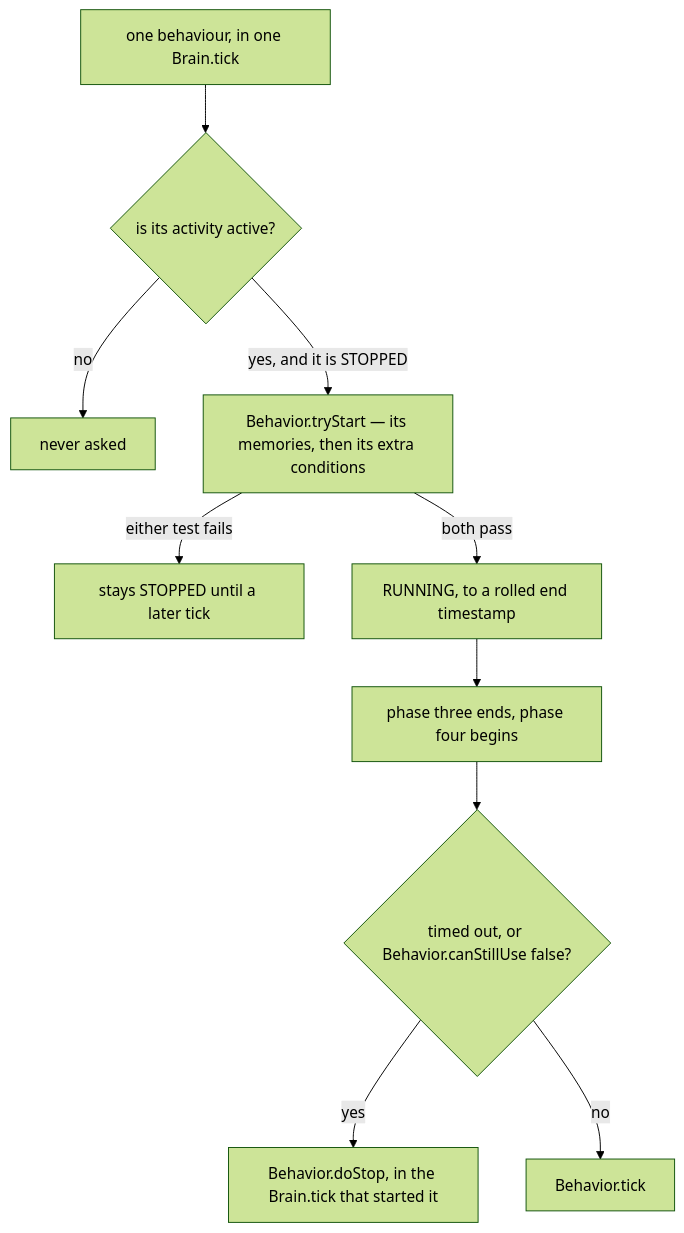
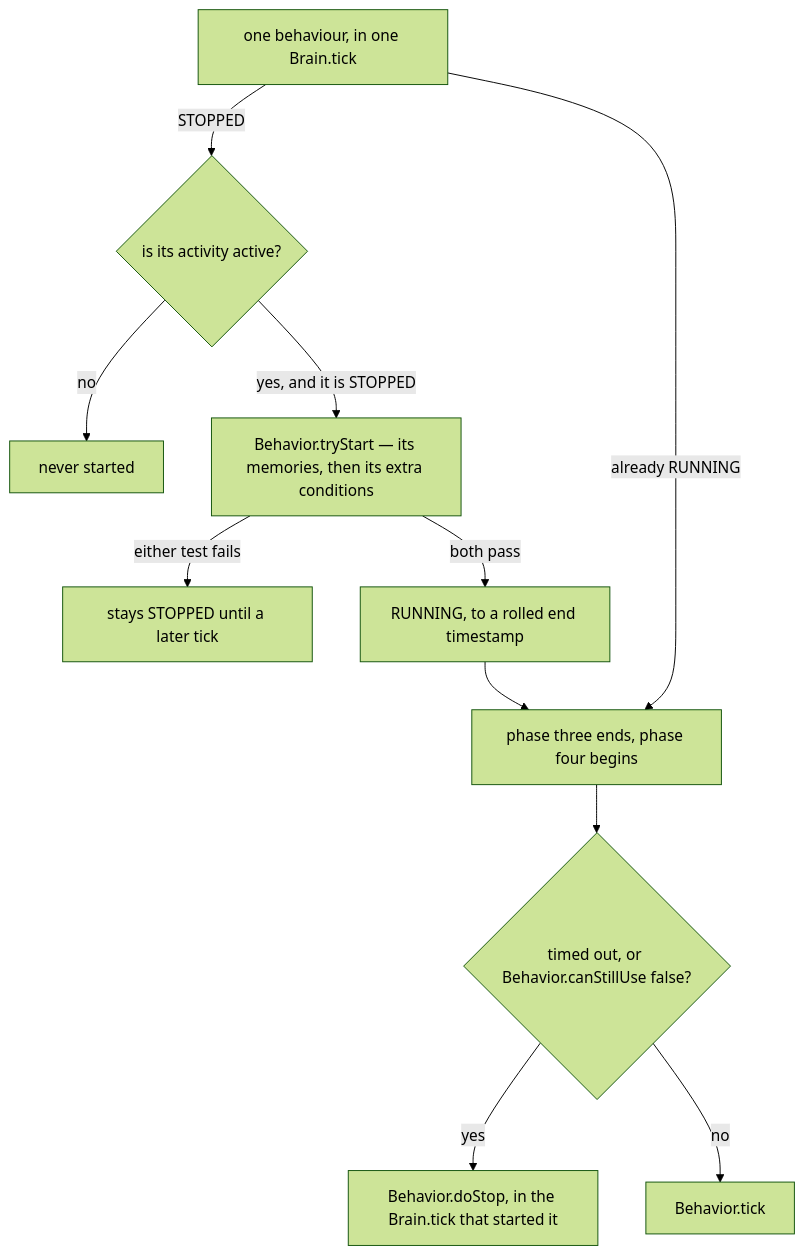
One commit to AlexanderjFraser/MinecraftDocs changed the first of 2 diagrams in src/systems/entities/ai-goals-and-brains.md. Above: the diagram before and after it, drawn with Mermaid (forest theme). The commit also changed other lines of this file and 21 other files, not shown here.

````diff
--- a/src/systems/entities/ai-goals-and-brains.md
+++ b/src/systems/entities/ai-goals-and-brains.md
@@ -173,22 +175,23 @@
 ```mermaid
 flowchart TD
     A["one behaviour, in one Brain.tick"]
     E{"is its activity active?"}
-    F["never asked"]
+    F["never started"]
     G["Behavior.tryStart — its memories, then its extra conditions"]
     X["stays STOPPED until a later tick"]
     H["RUNNING, to a rolled end timestamp"]
     S["phase three ends, phase four begins"]
     J{"timed out, or Behavior.canStillUse false?"}
     K["Behavior.doStop, in the Brain.tick that started it"]
     L["Behavior.tick"]
-    A --> E
+    A -- "STOPPED" --> E
+    A -- "already RUNNING" --> S
     E -- "no" --> F
     E -- "yes, and it is STOPPED" --> G
     G -- "either test fails" --> X
     G -- "both pass" --> H
     H --> S
     S --> J
     J -- "yes" --> K
     J -- "no" --> L
 ```
````
